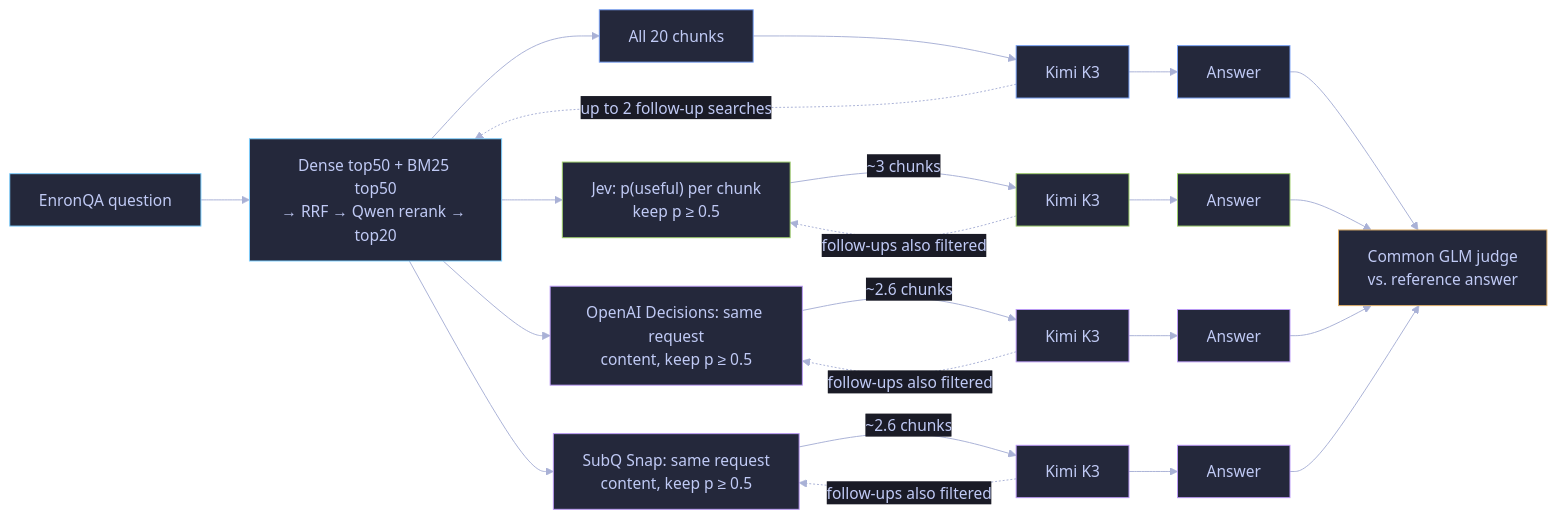
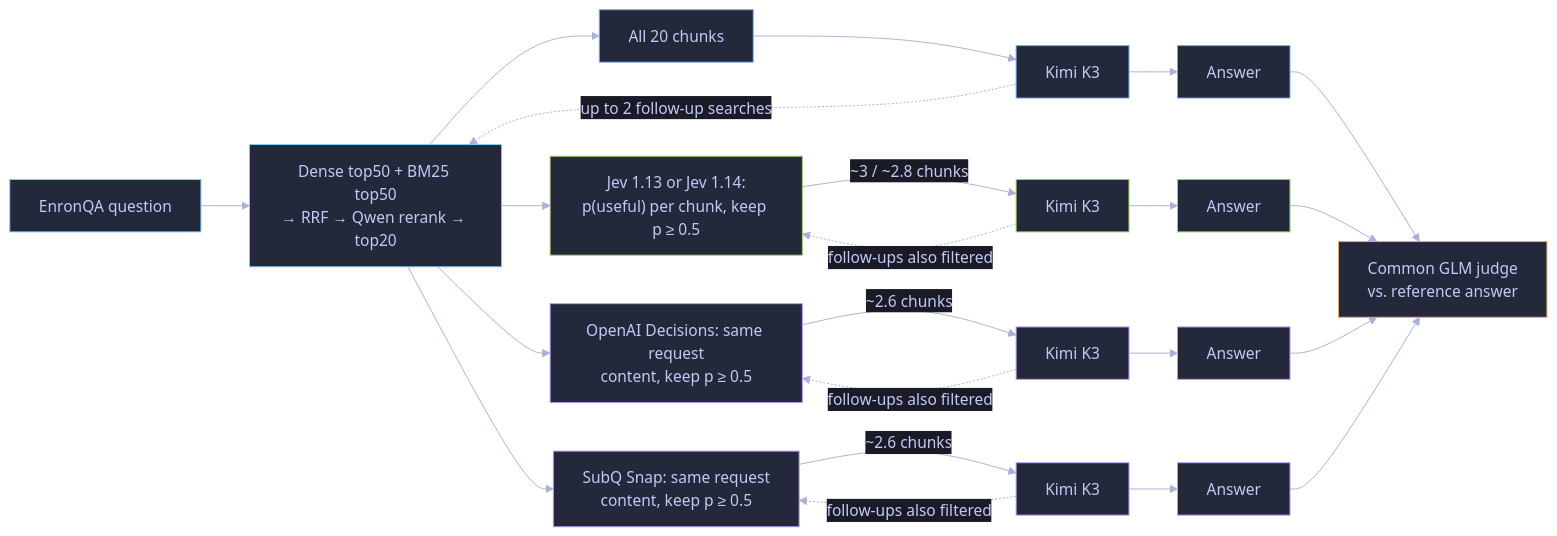
Before and after one commit to dorkitude/decision-model-testing: the first of 2 diagrams in experiments/jev-search-result-narrower/README.md, drawn with Mermaid. The commit also changed other lines of this file and 43 other files, not shown here.

````diff
--- a/experiments/jev-search-result-narrower/README.md
+++ b/experiments/jev-search-result-narrower/README.md
@@ -26,27 +26,27 @@
 ```mermaid
 %%{init: {"theme": "base", "themeVariables": {"background": "#1a1b26", "primaryColor": "#24283b", "primaryTextColor": "#c0caf5", "textColor": "#c0caf5", "primaryBorderColor": "#7aa2f7", "lineColor": "#a9b1d6", "edgeLabelBackground": "#1a1b26"}}}%%
 flowchart LR
     Q["EnronQA question"] --> S["Dense top50 + BM25 top50<br/>→ RRF → Qwen rerank → top20"]
     S --> B["All 20 chunks"] --> KB["Kimi K3"] --> AB["Answer"]
-    S --> J["Jev: p(useful) per chunk<br/>keep p ≥ 0.5"] -->|"~3 chunks"| KF["Kimi K3"] --> AF["Answer"]
+    S --> J["Jev 1.13 or Jev 1.14:<br/>p(useful) per chunk, keep p ≥ 0.5"] -->|"~3 / ~2.8 chunks"| KF["Kimi K3"] --> AF["Answer"]
     S --> D["OpenAI Decisions: same request<br/>content, keep p ≥ 0.5"] -->|"~2.6 chunks"| KD["Kimi K3"] --> AD["Answer"]
     S --> U["SubQ Snap: same request<br/>content, keep p ≥ 0.5"] -->|"~2.6 chunks"| KU["Kimi K3"] --> AU["Answer"]
     KB -. "up to 2 follow-up searches" .-> S
     KF -. "follow-ups also filtered" .-> J
     KD -. "follow-ups also filtered" .-> D
     KU -. "follow-ups also filtered" .-> U
     AB --> G["Common GLM judge<br/>vs. reference answer"]
     AF --> G
     AD --> G
     AU --> G
     classDef shared fill:#24283b,stroke:#7dcfff,color:#c0caf5;
     classDef baseline fill:#24283b,stroke:#7aa2f7,color:#c0caf5;
     classDef jev fill:#24283b,stroke:#9ece6a,color:#c0caf5;
     classDef decisions fill:#24283b,stroke:#bb9af7,color:#c0caf5;
     classDef score fill:#24283b,stroke:#e0af68,color:#c0caf5;
     class Q,S shared;
     class B,KB,AB baseline;
     class J,KF,AF jev;
     class D,KD,AD,U,KU,AU decisions;
     class G score;
 ```
````
